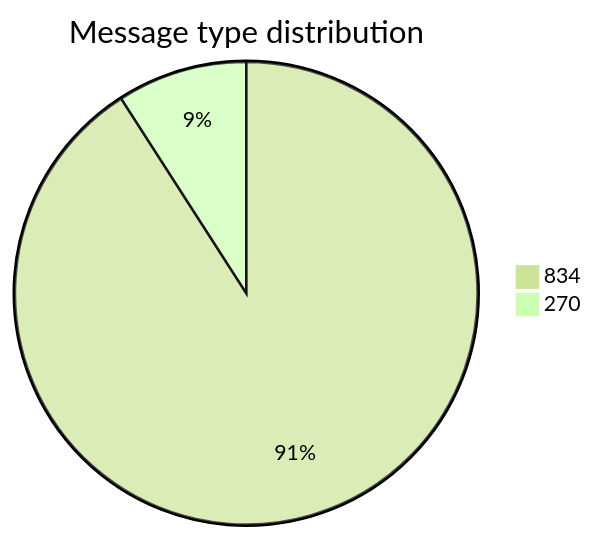
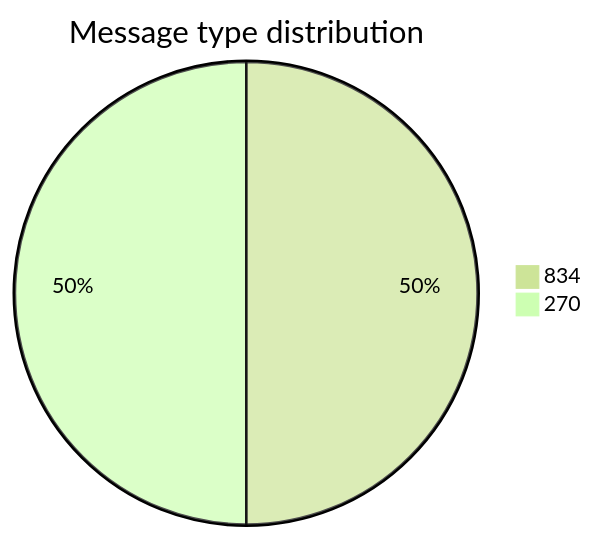
One commit to dhagan-va/intern-2025 changed the first of 10 diagrams in test-tools/DataGen/src/Statistics_Visualizer.md. Above: the diagram before and after it, drawn with Mermaid (forest theme). The commit also changed other lines of this file and 6 other files, not shown here.

````diff
--- a/test-tools/DataGen/src/Statistics_Visualizer.md
+++ b/test-tools/DataGen/src/Statistics_Visualizer.md
@@ -18,5 +18,5 @@
 ```mermaid
 pie title Message type distribution
-    "834" : 5000
-    "270" : 500
+    "834" : 5
+    "270" : 5
 ```
````
